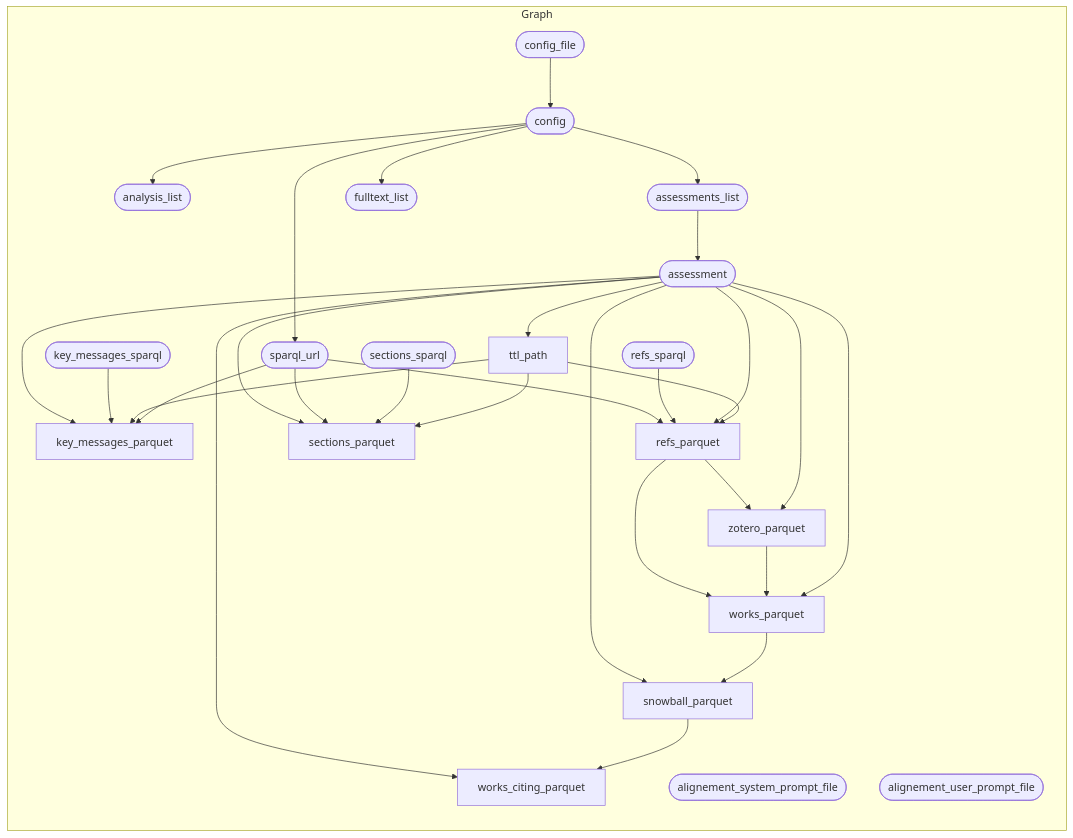
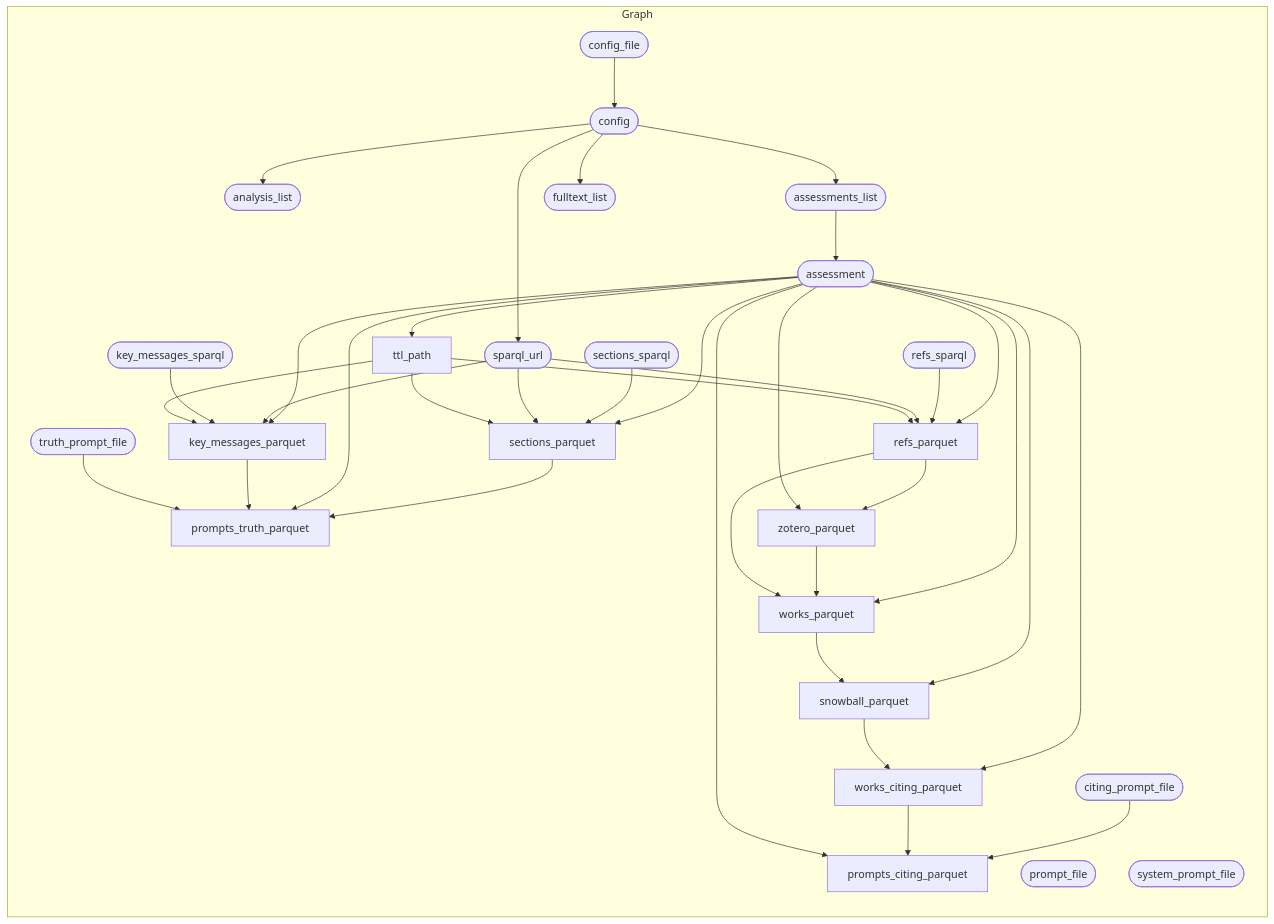
One commit to IPBES-Data/IPBES_BM_Fact_Checker changed the diagram in input/mmd/pipeline.mmd. Above: the diagram before and after it, drawn with Mermaid. The commit also changed 15 other files, not shown here.

```diff
--- a/input/mmd/pipeline.mmd
+++ b/input/mmd/pipeline.mmd
@@ -1,34 +1,41 @@
 graph TD
   subgraph Graph
     direction TD
     x20aa1e7dd2a106e5(["config"]) --> x63a1542820687fc8(["analysis_list"])
     xf8f6f156e3c3b679(["assessments_list"]) --> x7096e63b1af7fc2e(["assessment"])
     x20aa1e7dd2a106e5(["config"]) --> xf8f6f156e3c3b679(["assessments_list"])
     x9909b451a6a56060(["config_file"]) --> x20aa1e7dd2a106e5(["config"])
     x20aa1e7dd2a106e5(["config"]) --> x8a0deb79ae55ae78(["fulltext_list"])
     x7096e63b1af7fc2e(["assessment"]) --> x1b5c1cdf9ba064e4["key_messages_parquet"]
+    xcae032f895dcdbee(["sparql_url"]) --> x1b5c1cdf9ba064e4["key_messages_parquet"]
     x71e70b33567e8c77(["key_messages_sparql"]) --> x1b5c1cdf9ba064e4["key_messages_parquet"]
     xda2ef7d9d7074388["ttl_path"] --> x1b5c1cdf9ba064e4["key_messages_parquet"]
-    xcae032f895dcdbee(["sparql_url"]) --> x1b5c1cdf9ba064e4["key_messages_parquet"]
+    xe79f4075b4dcbde2(["citing_prompt_file"]) --> xa144fe098ff1e379["prompts_citing_parquet"]
+    x6bd40d1623e4b2a6["works_citing_parquet"] --> xa144fe098ff1e379["prompts_citing_parquet"]
+    x7096e63b1af7fc2e(["assessment"]) --> xa144fe098ff1e379["prompts_citing_parquet"]
+    xc27197d40d6acf57["sections_parquet"] --> x49aefff0cab41720["prompts_truth_parquet"]
+    x7096e63b1af7fc2e(["assessment"]) --> x49aefff0cab41720["prompts_truth_parquet"]
+    x1b5c1cdf9ba064e4["key_messages_parquet"] --> x49aefff0cab41720["prompts_truth_parquet"]
+    x282836efc8e880f5(["truth_prompt_file"]) --> x49aefff0cab41720["prompts_truth_parquet"]
+    x7096e63b1af7fc2e(["assessment"]) --> x4c5608b5b57c599b["refs_parquet"]
+    xf258716a437e6a24(["refs_sparql"]) --> x4c5608b5b57c599b["refs_parquet"]
     xcae032f895dcdbee(["sparql_url"]) --> x4c5608b5b57c599b["refs_parquet"]
-    xf258716a437e6a24(["refs_sparql"]) --> x4c5608b5b57c599b["refs_parquet"]
-    x7096e63b1af7fc2e(["assessment"]) --> x4c5608b5b57c599b["refs_parquet"]
     xda2ef7d9d7074388["ttl_path"] --> x4c5608b5b57c599b["refs_parquet"]
     x7096e63b1af7fc2e(["assessment"]) --> xc27197d40d6acf57["sections_parquet"]
+    xbaf7d5ee2a70bea4(["sections_sparql"]) --> xc27197d40d6acf57["sections_parquet"]
     xcae032f895dcdbee(["sparql_url"]) --> xc27197d40d6acf57["sections_parquet"]
-    xbaf7d5ee2a70bea4(["sections_sparql"]) --> xc27197d40d6acf57["sections_parquet"]
     xda2ef7d9d7074388["ttl_path"] --> xc27197d40d6acf57["sections_parquet"]
     x7096e63b1af7fc2e(["assessment"]) --> xdb22778f9ff9b079["snowball_parquet"]
     x31e4fc98a3c6921c["works_parquet"] --> xdb22778f9ff9b079["snowball_parquet"]
     x20aa1e7dd2a106e5(["config"]) --> xcae032f895dcdbee(["sparql_url"])
     x7096e63b1af7fc2e(["assessment"]) --> xda2ef7d9d7074388["ttl_path"]
     x7096e63b1af7fc2e(["assessment"]) --> x6bd40d1623e4b2a6["works_citing_parquet"]
     xdb22778f9ff9b079["snowball_parquet"] --> x6bd40d1623e4b2a6["works_citing_parquet"]
+    x7096e63b1af7fc2e(["assessment"]) --> x31e4fc98a3c6921c["works_parquet"]
+    xe6d26d705b0e239b["zotero_parquet"] --> x31e4fc98a3c6921c["works_parquet"]
     x4c5608b5b57c599b["refs_parquet"] --> x31e4fc98a3c6921c["works_parquet"]
-    xe6d26d705b0e239b["zotero_parquet"] --> x31e4fc98a3c6921c["works_parquet"]
-    x7096e63b1af7fc2e(["assessment"]) --> x31e4fc98a3c6921c["works_parquet"]
     x4c5608b5b57c599b["refs_parquet"] --> xe6d26d705b0e239b["zotero_parquet"]
     x7096e63b1af7fc2e(["assessment"]) --> xe6d26d705b0e239b["zotero_parquet"]
-    x43f85d41e2b71f3f(["alignement_system_prompt_file"])
-    xe3a3f6b5df791859(["alignement_user_prompt_file"])
+    x9cb600451675679c(["prompt_file"])
+    xb6717c6c6935b3fc(["system_prompt_file"])
   end
```
